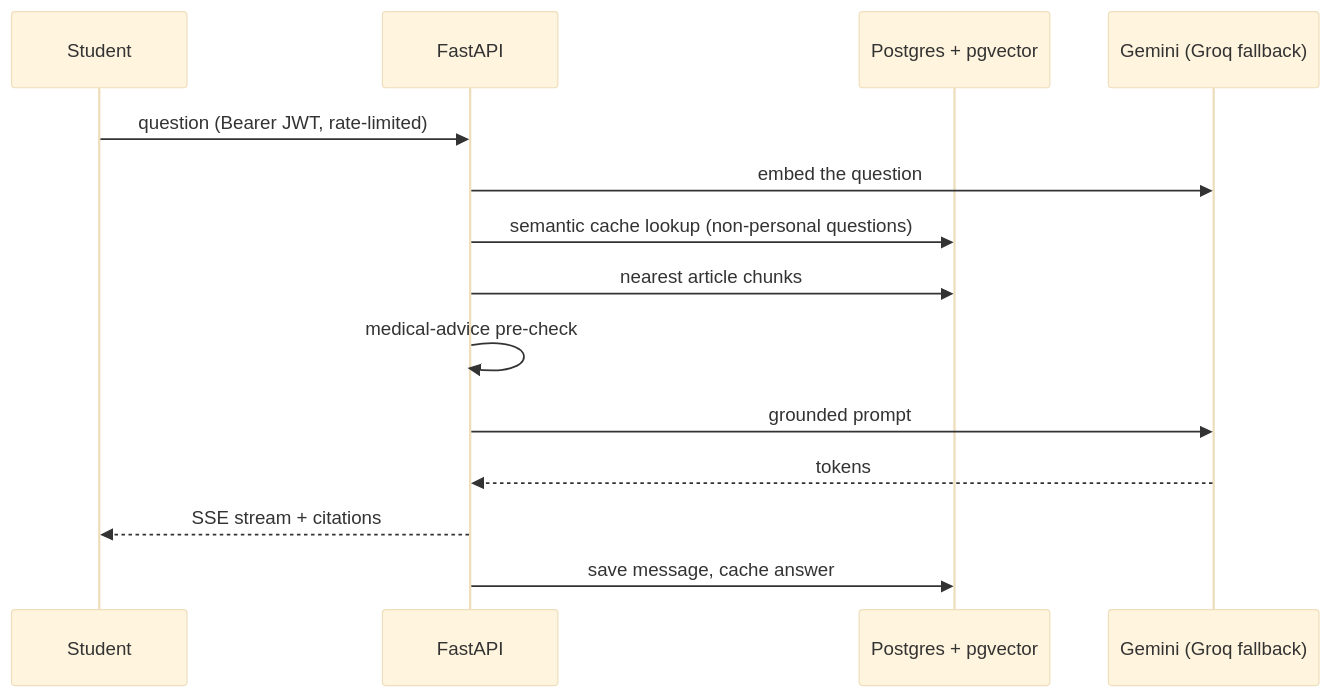
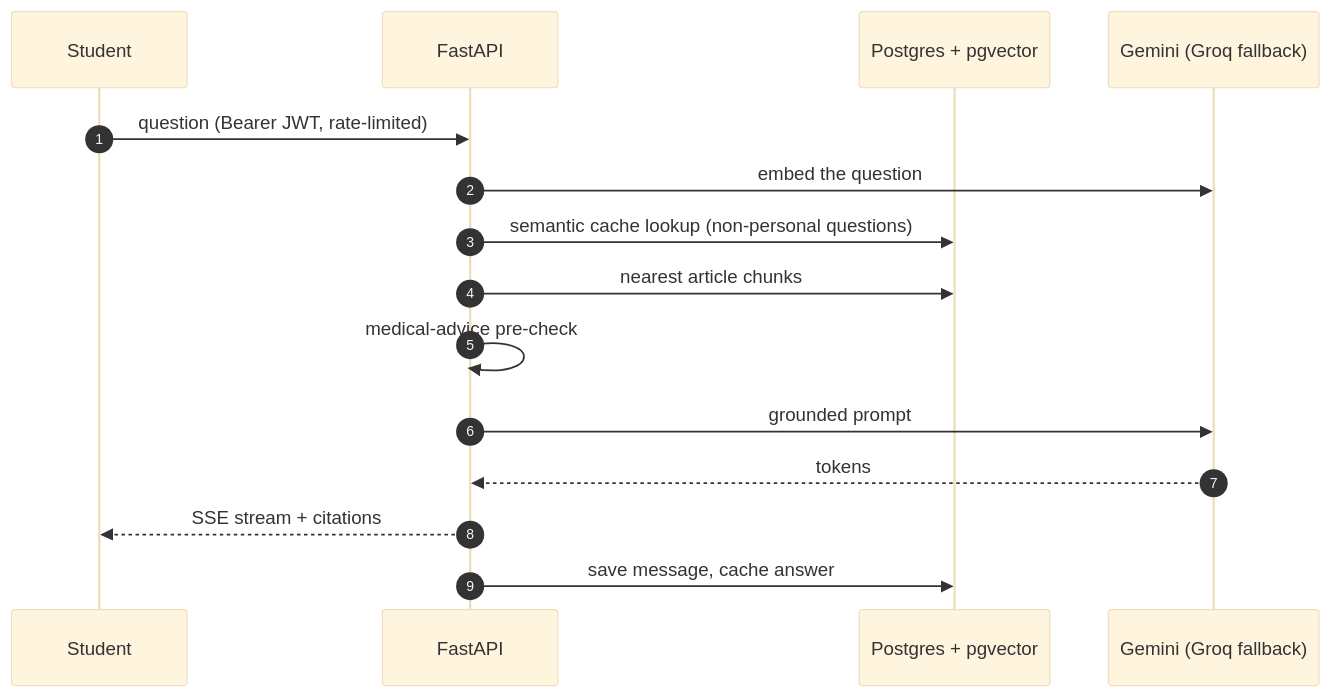
Before and after one commit to IDEA-Amrita/Mess-Fit: the eighth of 14 diagrams in README.md, drawn with Mermaid (base theme). The commit also changed other lines of this file and 51 other files, not shown here.

First line of the commit message:
docs: system design, UML and database design in the README; Lucide icons

````diff
--- a/README.md
+++ b/README.md
@@ -149,16 +416,17 @@
 ```mermaid
 sequenceDiagram
+    autonumber
     participant U as Student
     participant API as FastAPI
     participant DB as Postgres + pgvector
     participant LLM as Gemini (Groq fallback)
     U->>API: question (Bearer JWT, rate-limited)
     API->>LLM: embed the question
     API->>DB: semantic cache lookup (non-personal questions)
     API->>DB: nearest article chunks
     API->>API: medical-advice pre-check
     API->>LLM: grounded prompt
     LLM-->>API: tokens
     API-->>U: SSE stream + citations
     API->>DB: save message, cache answer
 ```
````
